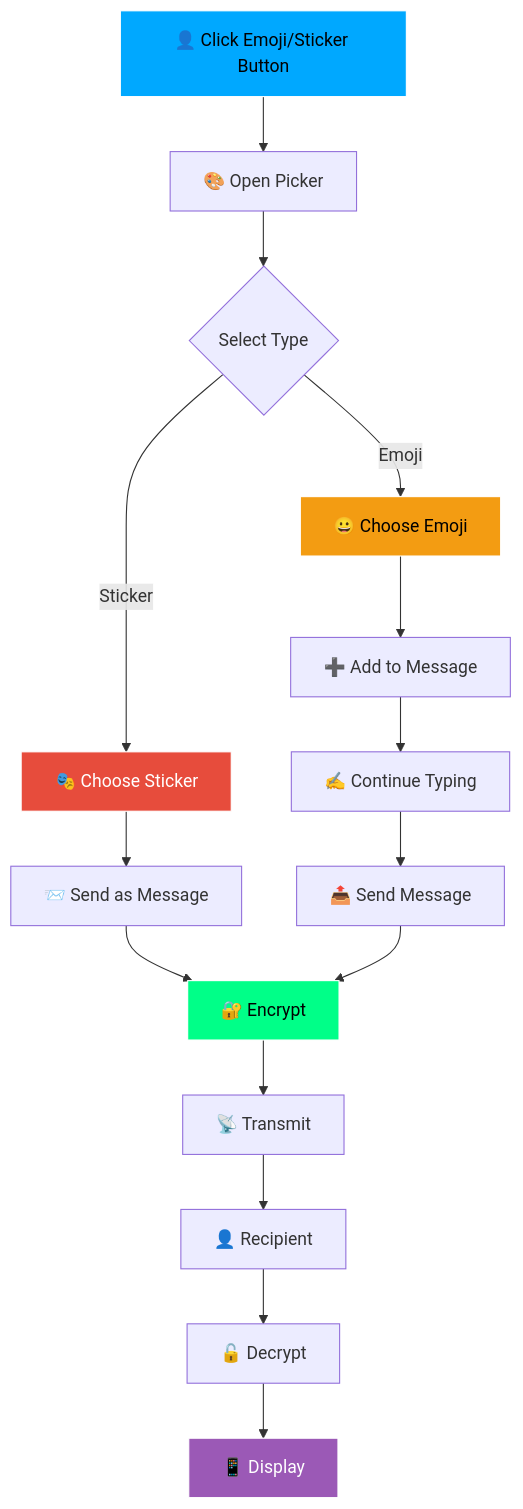
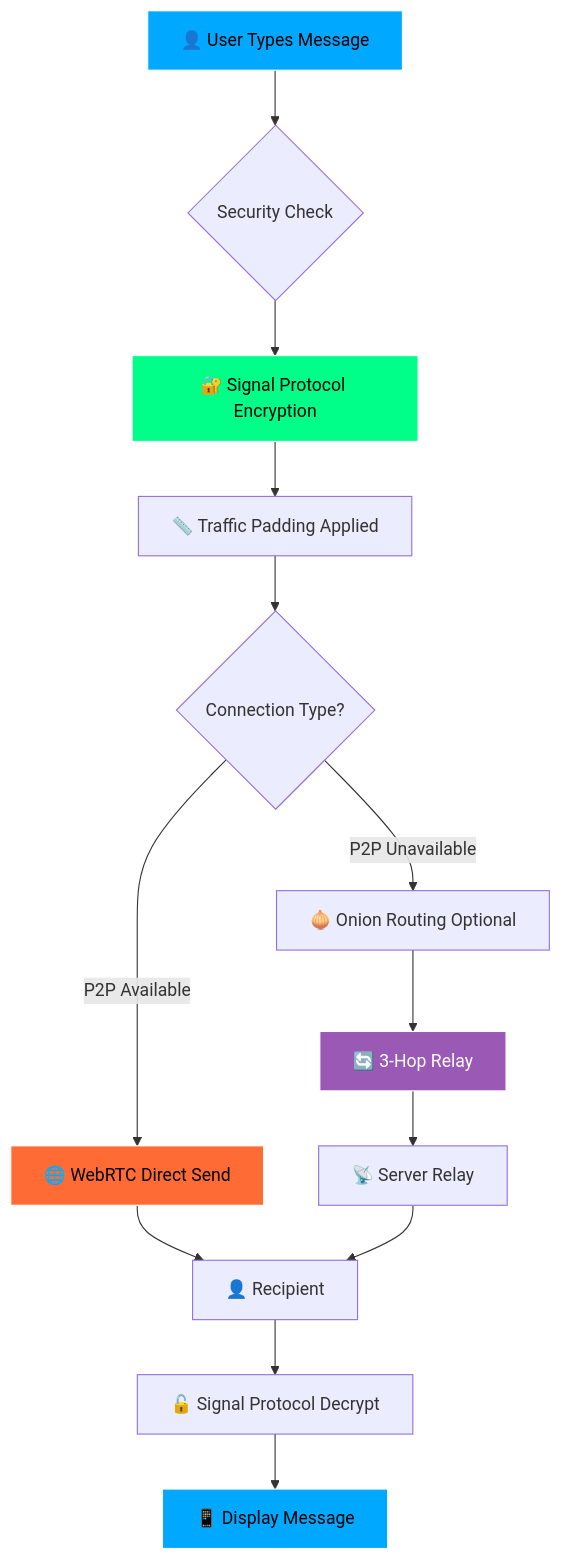
The seventh of 9 diagrams in README.md (Hetpatel01021111/Eclipse), drawn with Mermaid before and after one commit. The commit also changed other lines of this file, not shown here.

Commit message:
docs: create comprehensive README with detailed architecture, security, and deployment guides

````diff
--- a/README.md
+++ b/README.md
@@ -179,28 +590,25 @@
 ```mermaid
 graph TB
-    A[👤 Click Emoji/Sticker Button] --> B[🎨 Open Picker]
-    B --> C{Select Type}
+    A[👤 User Types Message] --> B{Security Check}
+    B --> C[🔐 Signal Protocol Encryption]
+    C --> D[📏 Traffic Padding Applied]
+    D --> E{Connection Type?}
     
-    C -->|Emoji| D[😀 Choose Emoji]
-    C -->|Sticker| E[🎭 Choose Sticker]
+    E -->|P2P Available| F[🌐 WebRTC Direct Send]
+    E -->|P2P Unavailable| G[🧅 Onion Routing Optional]
     
-    D --> F[➕ Add to Message]
-    E --> G[📨 Send as Message]
+    G --> H[🔄 3-Hop Relay]
+    H --> I[📡 Server Relay]
     
-    F --> H[✍️ Continue Typing]
-    H --> I[📤 Send Message]
-    
-    G --> J[🔐 Encrypt]
+    F --> J[👤 Recipient]
     I --> J
     
-    J --> K[📡 Transmit]
-    K --> L[👤 Recipient]
-    L --> M[🔓 Decrypt]
-    M --> N[📱 Display]
+    J --> K[🔓 Signal Protocol Decrypt]
+    K --> L[📱 Display Message]
     
     style A fill:#00a8ff,stroke:#fff,color:#000
-    style D fill:#f39c12,stroke:#fff,color:#000
-    style E fill:#e74c3c,stroke:#fff,color:#fff
-    style J fill:#00ff88,stroke:#fff,color:#000
-    style N fill:#9b59b6,stroke:#fff,color:#fff
+    style C fill:#00ff88,stroke:#fff,color:#000
+    style F fill:#ff6b35,stroke:#fff,color:#000
+    style H fill:#9b59b6,stroke:#fff,color:#fff
+    style L fill:#00a8ff,stroke:#fff,color:#000
 ```
````
